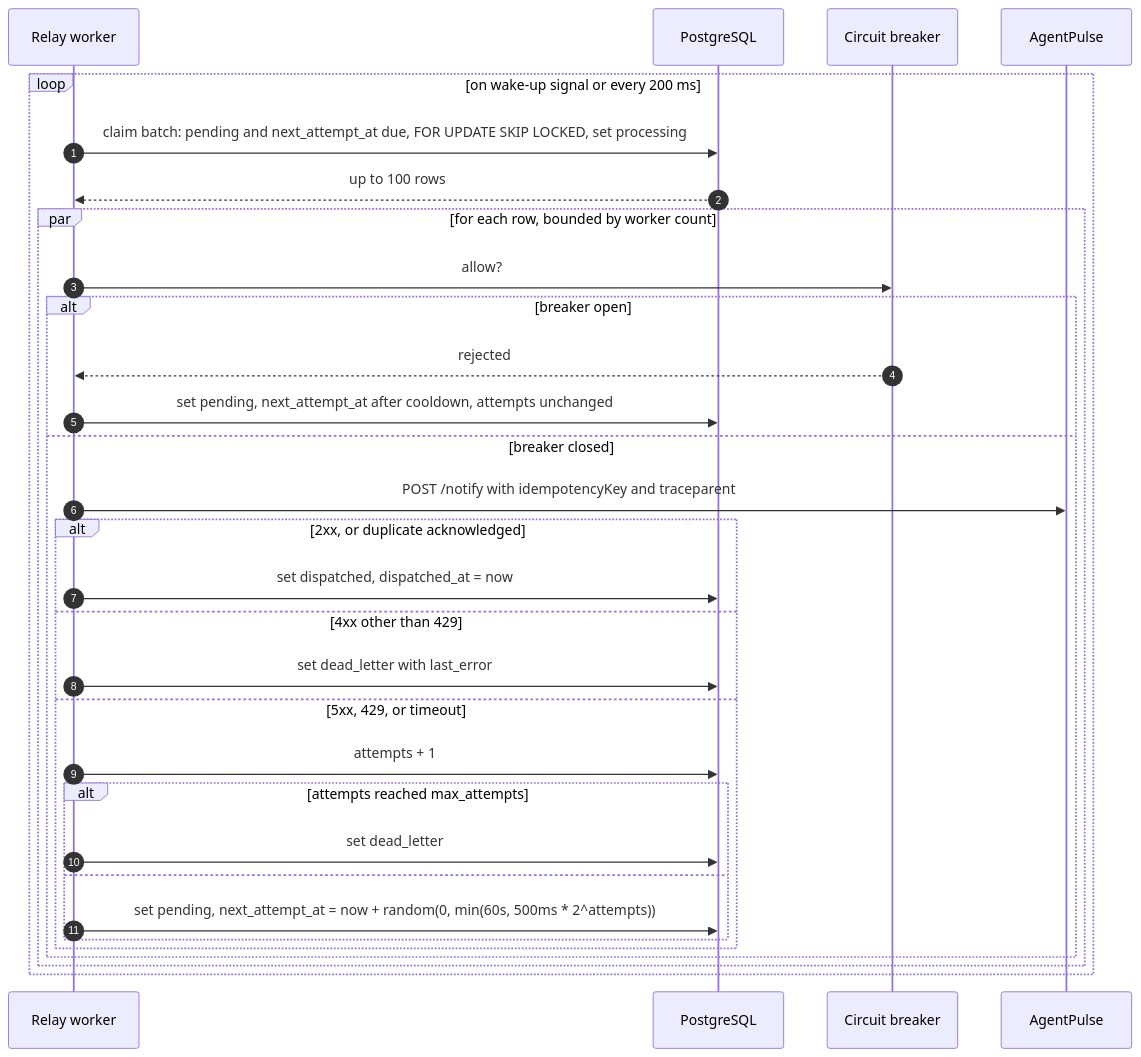
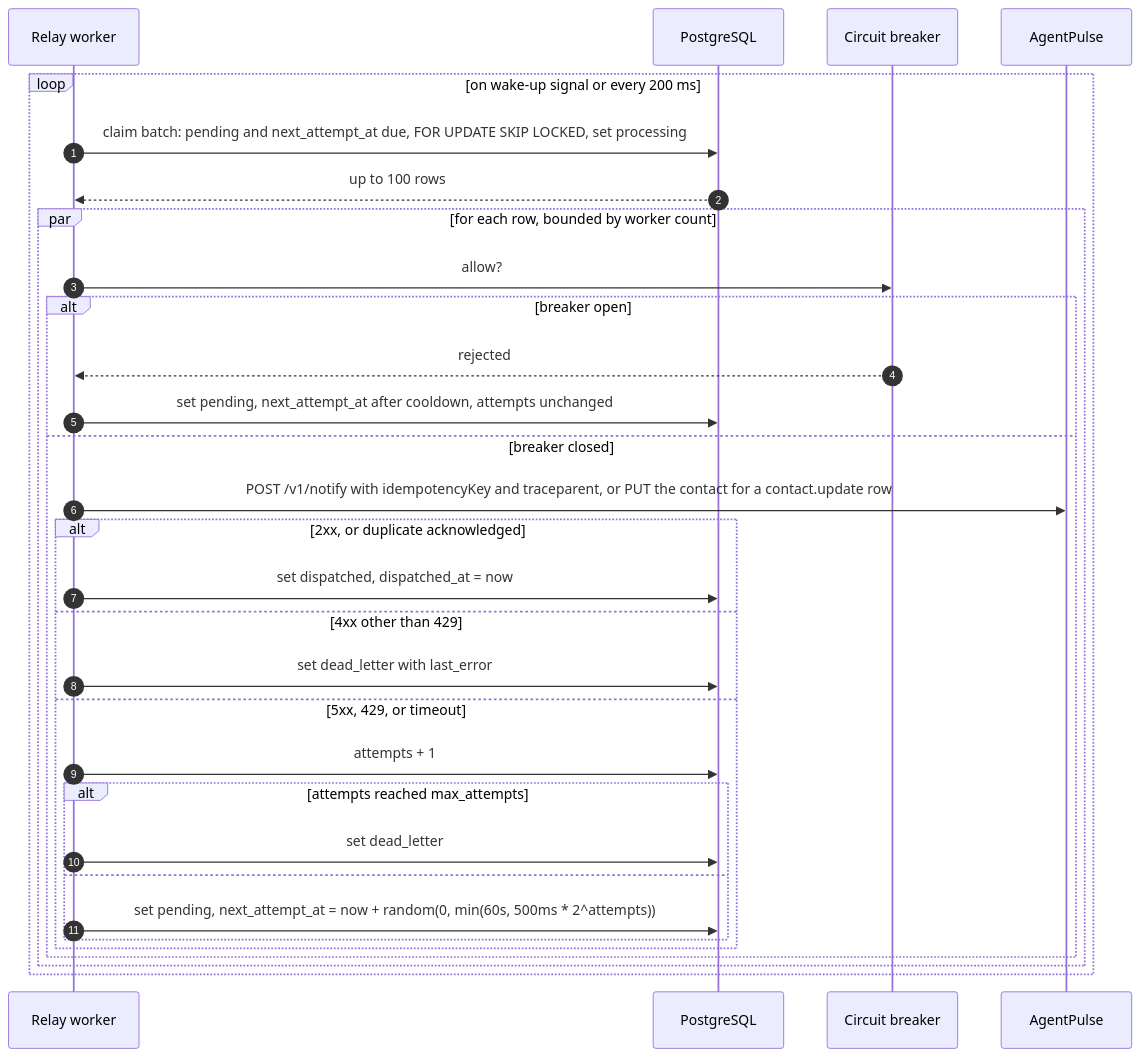
Before and after one commit to rtrtarun/taskify: the fourth of 23 diagrams in docs/architecture.md, drawn with Mermaid. The commit also changed other lines of this file and 4 other files, not shown here.

````diff
--- a/docs/architecture.md
+++ b/docs/architecture.md
@@ -191,34 +191,34 @@
 ```mermaid
 sequenceDiagram
     autonumber
     participant R as Relay worker
     participant DB as PostgreSQL
     participant CB as Circuit breaker
     participant AP as AgentPulse
 
     loop on wake-up signal or every 200 ms
         R->>DB: claim batch: pending and next_attempt_at due, FOR UPDATE SKIP LOCKED, set processing
         DB-->>R: up to 100 rows
         par for each row, bounded by worker count
             R->>CB: allow?
             alt breaker open
                 CB-->>R: rejected
                 R->>DB: set pending, next_attempt_at after cooldown, attempts unchanged
             else breaker closed
-                R->>AP: POST /notify with idempotencyKey and traceparent
+                R->>AP: POST /v1/notify with idempotencyKey and traceparent, or PUT the contact for a contact.update row
                 alt 2xx, or duplicate acknowledged
                     R->>DB: set dispatched, dispatched_at = now
                 else 4xx other than 429
                     R->>DB: set dead_letter with last_error
                 else 5xx, 429, or timeout
                     R->>DB: attempts + 1
                     alt attempts reached max_attempts
                         R->>DB: set dead_letter
                     else
                         R->>DB: set pending, next_attempt_at = now + random(0, min(60s, 500ms * 2^attempts))
                     end
                 end
             end
         end
     end
 ```
````
